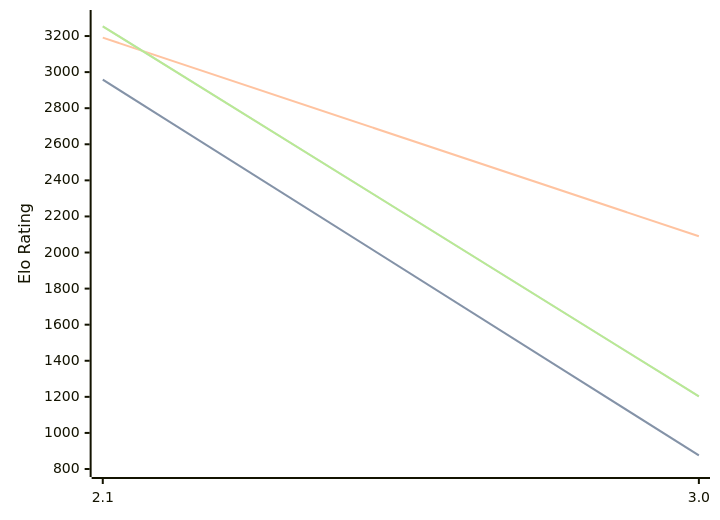
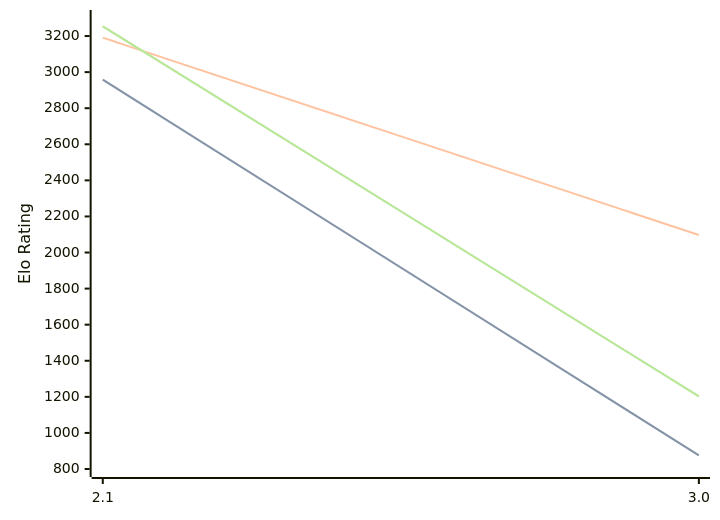
Before and after one commit to computer-chess-index/cci: the diagram in engines/Quirky.md, drawn with Mermaid. The commit also changed other lines of this file, not shown here.

````diff
--- a/engines/Quirky.md
+++ b/engines/Quirky.md
@@ -32,11 +32,11 @@
 ```mermaid
 %%{init: {"theme":"base","themeVariables":{"seriesColors:['#a3a3a3','#222221','#faa371']}}}%%
 xychart-beta
   x-axis ["2.1", "3.0"]
   y-axis "Elo Rating" 800 --> 3300
   line "" [2958, 875]
   line "STC (8.0+0.08s)" [2958, 875]
-  line "LTC (60.0+0.60s)" [3191, 2090]
+  line "LTC (60.0+0.60s)" [3191, 2097]
   line "" [3254, 1203]
   line "VLTC (2m24s+1.12s)" [3254, 1203]
 ```
````
